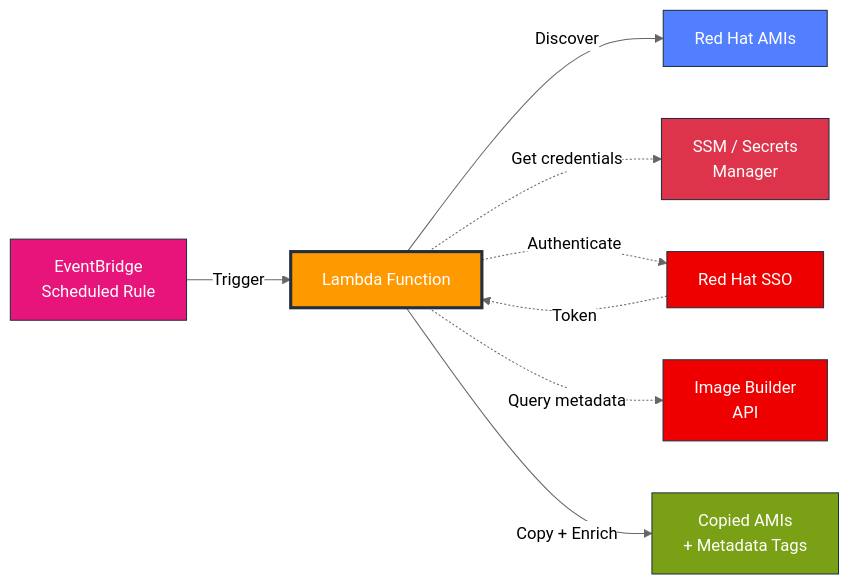
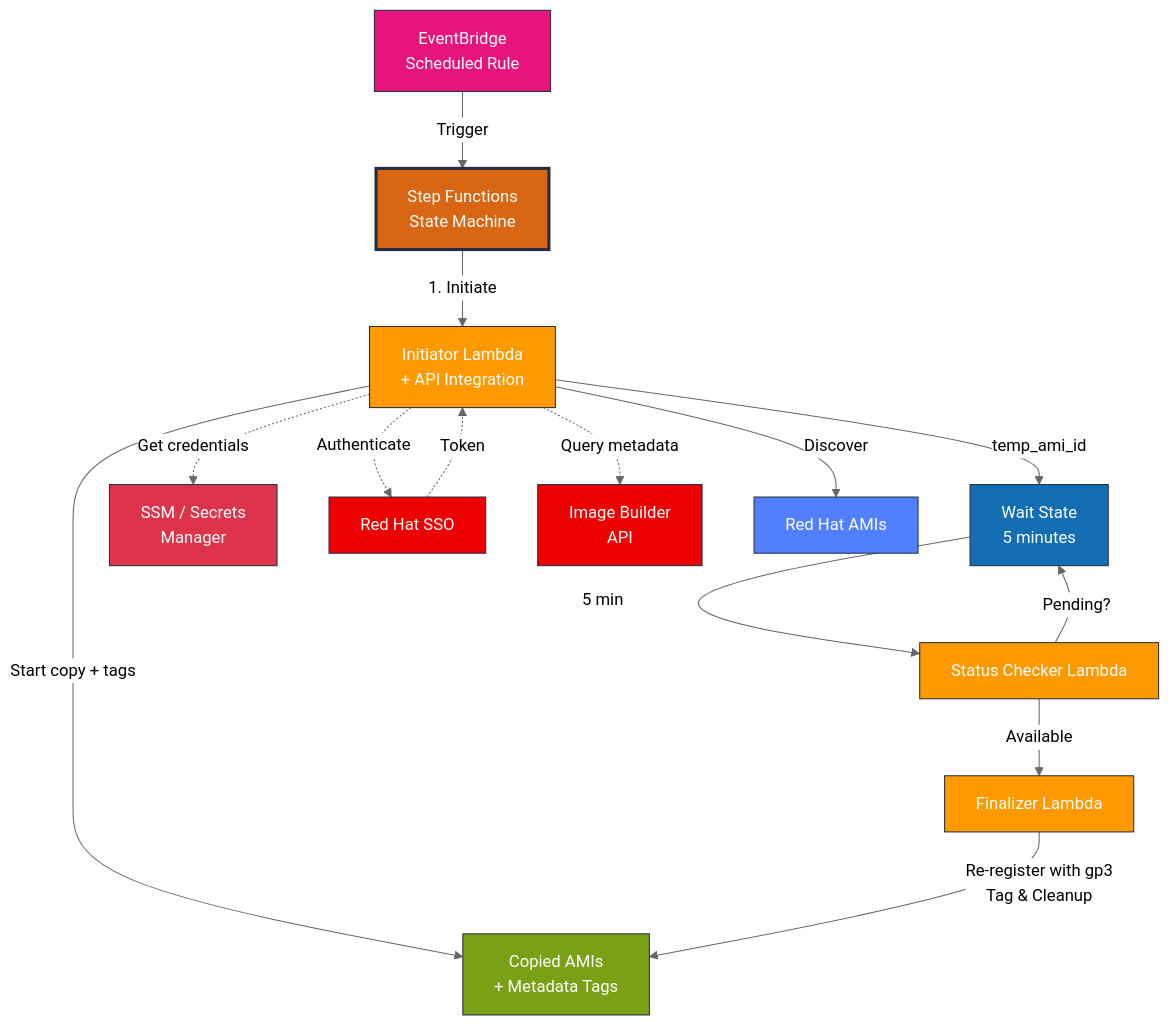
Before and after one commit to PodioSpaz/ami-copier: the second of 2 diagrams in README.md, drawn with Mermaid (neutral theme). The commit also changed other lines of this file, not shown here.

Commit message:
docs: update README for Step Functions architecture (#35)

````diff
--- a/README.md
+++ b/README.md
@@ -41,26 +54,40 @@
 ```mermaid
-graph LR
+graph TB
     EB[EventBridge<br/>Scheduled Rule]
-    Lambda[Lambda Function]
+    SF[Step Functions<br/>State Machine]
+    Init[Initiator Lambda<br/>+ API Integration]
+    Wait[Wait State<br/>5 minutes]
+    Check[Status Checker Lambda]
+    Final[Finalizer Lambda]
     Creds[SSM / Secrets<br/>Manager]
     RHSSO[Red Hat SSO]
     RHAPI[Image Builder<br/>API]
     Source[Red Hat AMIs]
     Target[Copied AMIs<br/>+ Metadata Tags]
 
-    EB -->|Trigger| Lambda
-    Lambda -->|Discover| Source
-    Lambda -.->|Get credentials| Creds
-    Lambda -.->|Authenticate| RHSSO
-    RHSSO -.->|Token| Lambda
-    Lambda -.->|Query metadata| RHAPI
-    Lambda -->|Copy + Enrich| Target
+    EB -->|Trigger| SF
+    SF -->|1. Initiate| Init
+    Init -->|Discover| Source
+    Init -.->|Get credentials| Creds
+    Init -.->|Authenticate| RHSSO
+    RHSSO -.->|Token| Init
+    Init -.->|Query metadata| RHAPI
+    Init -->|Start copy + tags| Target
+    Init -->|temp_ami_id| Wait
+    Wait -->|5 min| Check
+    Check -->|Pending?| Wait
+    Check -->|Available| Final
+    Final -->|Re-register with gp3<br/>Tag & Cleanup| Target
 
-    style Lambda fill:#FF9900,stroke:#232F3E,color:#fff,stroke-width:3px
+    style SF fill:#D86613,stroke:#232F3E,color:#fff,stroke-width:3px
+    style Init fill:#FF9900,stroke:#232F3E,color:#fff
+    style Check fill:#FF9900,stroke:#232F3E,color:#fff
+    style Final fill:#FF9900,stroke:#232F3E,color:#fff
     style EB fill:#E7157B,stroke:#232F3E,color:#fff
     style Source fill:#527FFF,stroke:#232F3E,color:#fff
     style Target fill:#7AA116,stroke:#232F3E,color:#fff
     style RHSSO fill:#EE0000,stroke:#232F3E,color:#fff
     style RHAPI fill:#EE0000,stroke:#232F3E,color:#fff
     style Creds fill:#DD344C,stroke:#232F3E,color:#fff
+    style Wait fill:#146EB4,stroke:#232F3E,color:#fff
 ```
````
